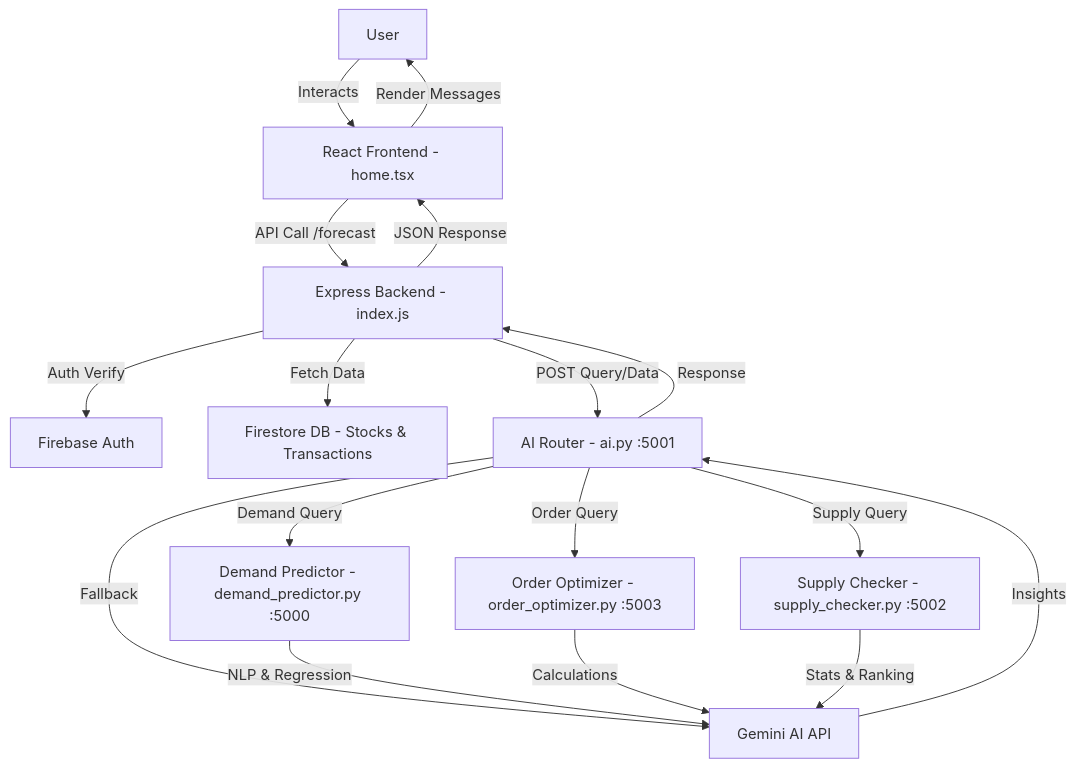
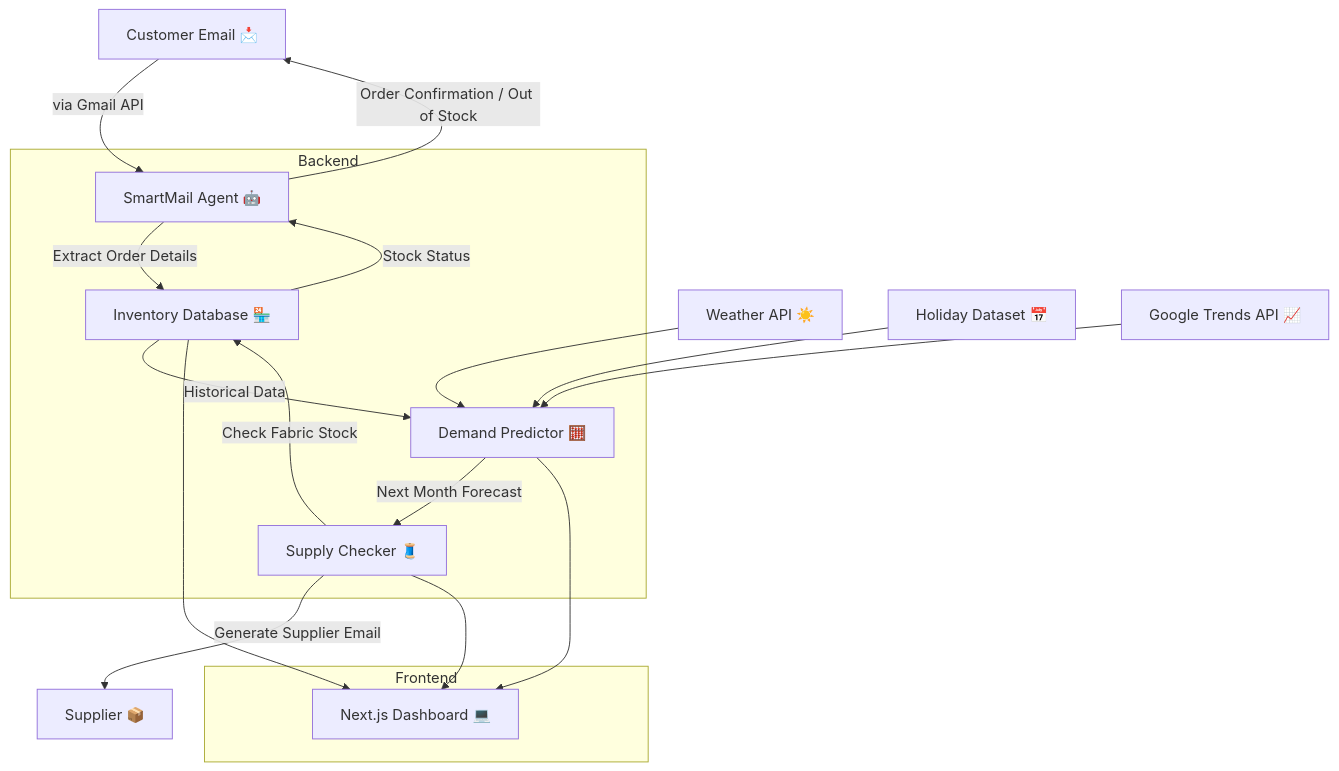
The diagram in README.md (NEXORA-0-1/NexaBiz), drawn with Mermaid before and after one commit. The commit also changed other lines of this file, not shown here.

````diff
--- a/README.md
+++ b/README.md
@@ -71,19 +29,30 @@
 ```mermaid
-graph TD
-    A[User] -->|Interacts| B[React Frontend - home.tsx]
-    B -->|API Call /forecast| C[Express Backend - index.js]
-    C -->|Auth Verify| D[Firebase Auth]
-    C -->|Fetch Data| E[Firestore DB - Stocks & Transactions]
-    C -->|POST Query/Data| F[AI Router - ai.py :5001]
-    F -->|Demand Query| G[Demand Predictor - demand_predictor.py :5000]
-    F -->|Order Query| H[Order Optimizer - order_optimizer.py :5003]
-    F -->|Supply Query| I[Supply Checker - supply_checker.py :5002]
-    F -->|Fallback| J[Gemini AI API]
-    G -->|NLP & Regression| J
-    H -->|Calculations| J
-    I -->|Stats & Ranking| J
-    J -->|Insights| F
-    F -->|Response| C
-    C -->|JSON Response| B
-    B -->|Render Messages| A
+flowchart TD
+    A[Customer Email 📩] -->|via Gmail API| B[SmartMail Agent 🤖]
+    B -->|Extract Order Details| D[Inventory Database 🏪]
+    D -->|Stock Status| B
+    B -->|Order Confirmation / Out of Stock| A
+
+    D -->|Historical Data| C[Demand Predictor 🧮]
+    E[Weather API ☀️] --> C
+    F[Holiday Dataset 📅] --> C
+    G[Google Trends API 📈] --> C
+    C -->|Next Month Forecast| H[Supply Checker 🧵]
+    H -->|Check Fabric Stock| D
+    H -->|Generate Supplier Email| I[Supplier 📦]
+
+    subgraph Backend
+    B
+    C
+    H
+    D
+    end
+
+    subgraph Frontend
+    J[Next.js Dashboard 💻]
+    end
+
+    D --> J
+    C --> J
+    H --> J
 ```
````
